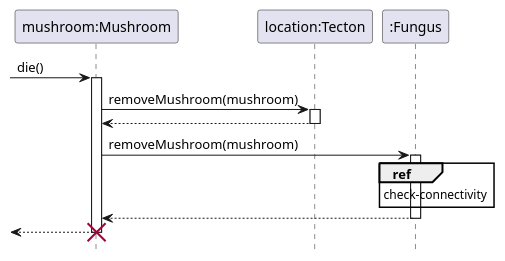
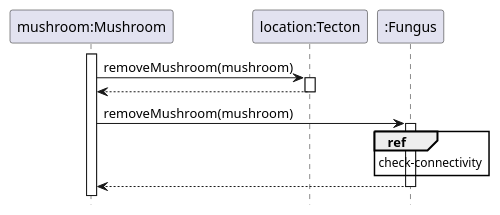
One commit to ZD4ve/projlab-error521 changed the diagram in Mushroom/mushroom-death.pu. Above: the diagram before and after it, drawn with PlantUML. The commit also changed 12 other files, not shown here.

Commit message:
removed unnecessary refs, added actors to seq diagrams

```diff
--- a/Mushroom/mushroom-death.pu
+++ b/Mushroom/mushroom-death.pu
@@ -1,25 +1,24 @@
 @startuml Mushroom/mushroom-death
 hide footbox
 
 participant "mushroom:Mushroom" as mushroom
 participant "location:Tecton" as location
 participant ":Fungus" as fungus
 
--> mushroom : die()
 activate mushroom
 
 mushroom -> location : removeMushroom(mushroom)
 activate location
 return
 
 mushroom -> fungus : removeMushroom(mushroom)
 activate fungus
 ref over fungus
     check-connectivity 
 end ref
 return
 
-<-- mushroom
-destroy mushroom
+
+' destroy mushroom
 
 @enduml
```
